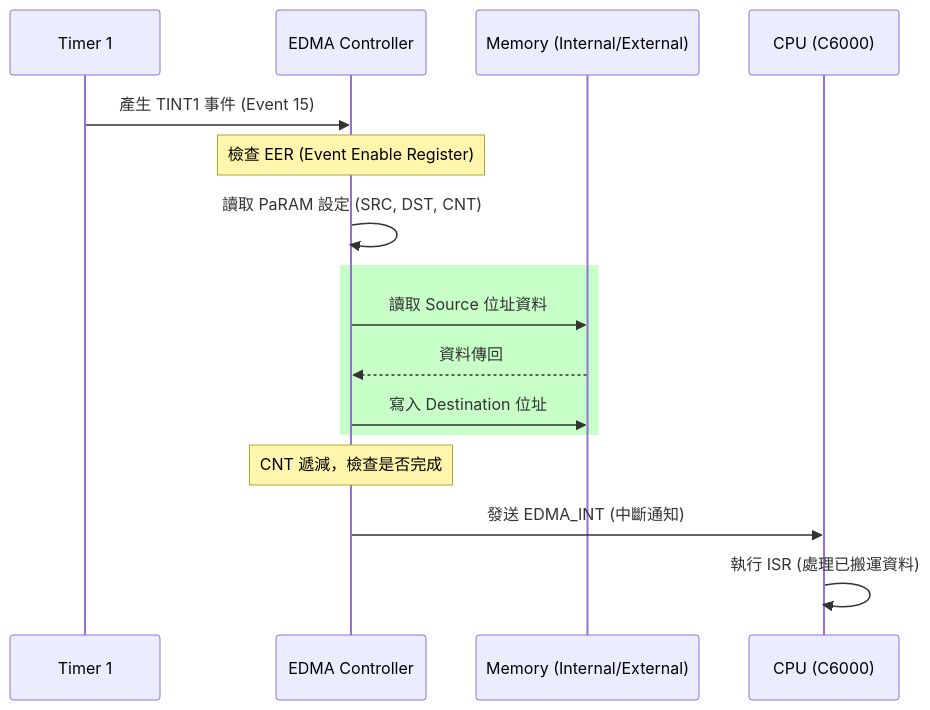
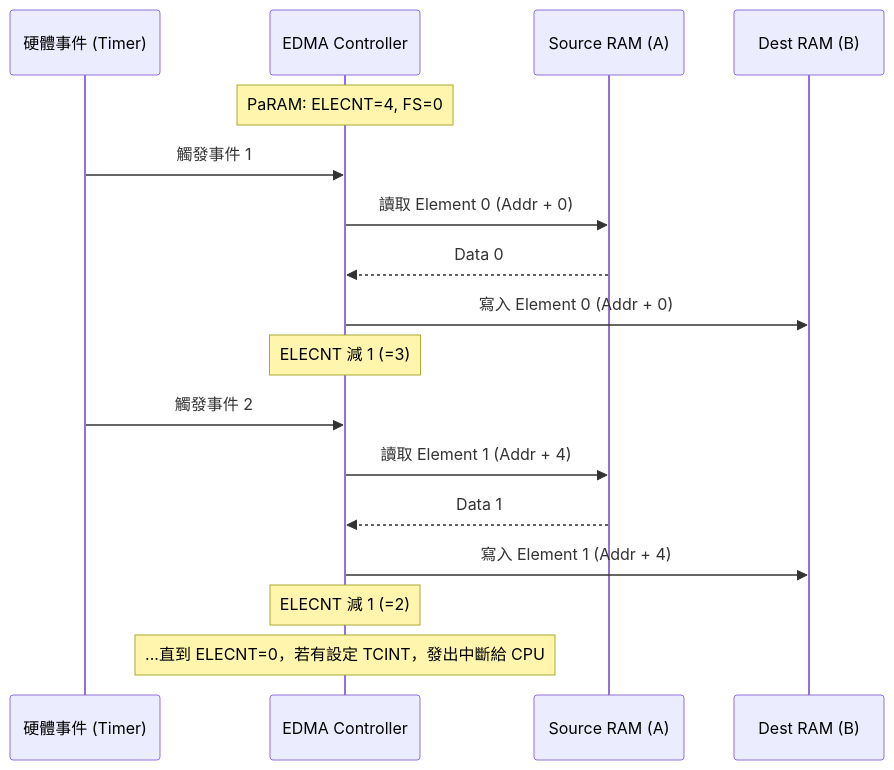
Before and after one commit to Wilfred430/Obsidian: the diagram in DCS/TMS320C6000/EDMA_背景搬運.md, drawn with Mermaid. The commit also changed other lines of this file and 6 other files, not shown here.

````diff
--- a/DCS/TMS320C6000/EDMA_背景搬運.md
+++ b/DCS/TMS320C6000/EDMA_背景搬運.md
@@ -52,21 +67,22 @@
 ```mermaid
 sequenceDiagram
-    participant T as Timer 1
-    participant E as EDMA Controller
-    participant M as Memory (Internal/External)
-    participant C as CPU (C6000)
+    participant HW as 硬體事件 (Timer)
+    participant EDMA as EDMA Controller
+    participant RAM_A as Source RAM (A)
+    participant RAM_B as Dest RAM (B)
 
-    T->>E: 產生 TINT1 事件 (Event 15)
-    Note over E: 檢查 EER (Event Enable Register)
-    E->>E: 讀取 PaRAM 設定 (SRC, DST, CNT)
+    Note over EDMA: PaRAM: ELECNT=4, FS=0
+    HW->>EDMA: 觸發事件 1
+    EDMA->>RAM_A: 讀取 Element 0 (Addr + 0)
+    RAM_A-->>EDMA: Data 0
+    EDMA->>RAM_B: 寫入 Element 0 (Addr + 0)
+    Note over EDMA: ELECNT 減 1 (=3)
+
+    HW->>EDMA: 觸發事件 2
+    EDMA->>RAM_A: 讀取 Element 1 (Addr + 4)
+    RAM_A-->>EDMA: Data 1
+    EDMA->>RAM_B: 寫入 Element 1 (Addr + 4)
+    Note over EDMA: ELECNT 減 1 (=2)
     
-    rect rgb(200, 255, 200)
-    E->>M: 讀取 Source 位址資料
-    M-->>E: 資料傳回
-    E->>M: 寫入 Destination 位址
-    end
-
-    Note over E: CNT 遞減，檢查是否完成
-    E->>C: 發送 EDMA_INT (中斷通知)
-    C->>C: 執行 ISR (處理已搬運資料)
+    Note over EDMA: ...直到 ELECNT=0，若有設定 TCINT，發出中斷給 CPU
 ```
````
